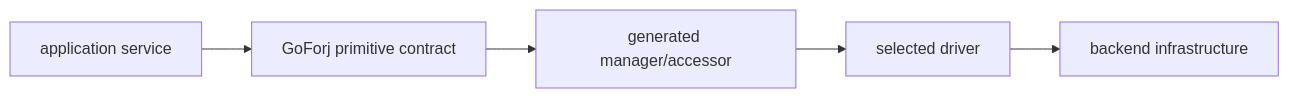
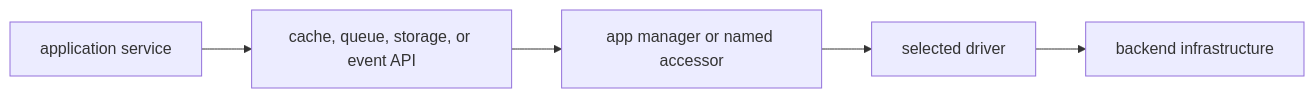
One commit to goforj/docs changed the diagram in docs/core/drivers-and-adapters.md. Above: the diagram before and after it, drawn with Mermaid. The commit also changed other lines of this file and 69 other files, not shown here.

````diff
--- a/docs/core/drivers-and-adapters.md
+++ b/docs/core/drivers-and-adapters.md
@@ -25,7 +25,7 @@
 ```mermaid
 flowchart LR
-  service["application service"] --> contract["GoForj primitive contract"]
-  contract --> manager["generated manager/accessor"]
+  service["application service"] --> contract["cache, queue, storage, or event API"]
+  contract --> manager["app manager or named accessor"]
   manager --> driver["selected driver"]
   driver --> backend["backend infrastructure"]
 ```
````
